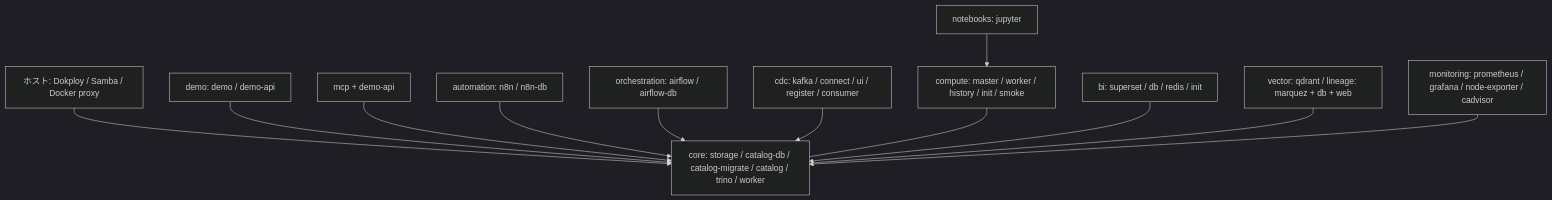
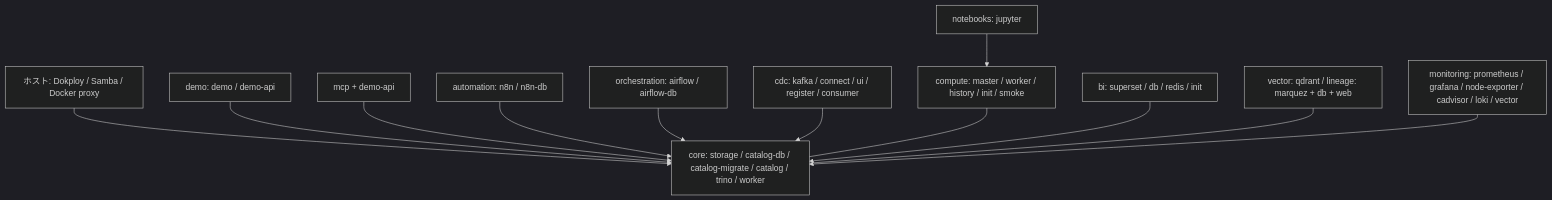
One commit to hiromura16/lakehouse-foundation changed the diagram in docs/reports/mermaid/01-platform-detail.mmd. Above: the diagram before and after it, drawn with Mermaid (dark theme). The commit also changed 70 other files, not shown here.

Commit message:
feat: add bounded Vector and Loki log observability

```diff
--- a/docs/reports/mermaid/01-platform-detail.mmd
+++ b/docs/reports/mermaid/01-platform-detail.mmd
@@ -1,12 +1,12 @@
 flowchart TB
   Host["ホスト: Dokploy / Samba / Docker proxy"] --> Core["core: storage / catalog-db / catalog-migrate / catalog / trino / worker"]
   GUI["demo: demo / demo-api"] --> Core
   MCP["mcp + demo-api"] --> Core
   N8N["automation: n8n / n8n-db"] --> Core
   AF["orchestration: airflow / airflow-db"] --> Core
   CDC["cdc: kafka / connect / ui / register / consumer"] --> Core
   Compute["compute: master / worker / history / init / smoke"] --- Core
   NB["notebooks: jupyter"] --> Compute
   BI["bi: superset / db / redis / init"] --> Core
   Extra["vector: qdrant / lineage: marquez + db + web"] --- Core
-  Mon["monitoring: prometheus / grafana / node-exporter / cadvisor"] --> Core
+  Mon["monitoring: prometheus / grafana / node-exporter / cadvisor / loki / vector"] --> Core
```
